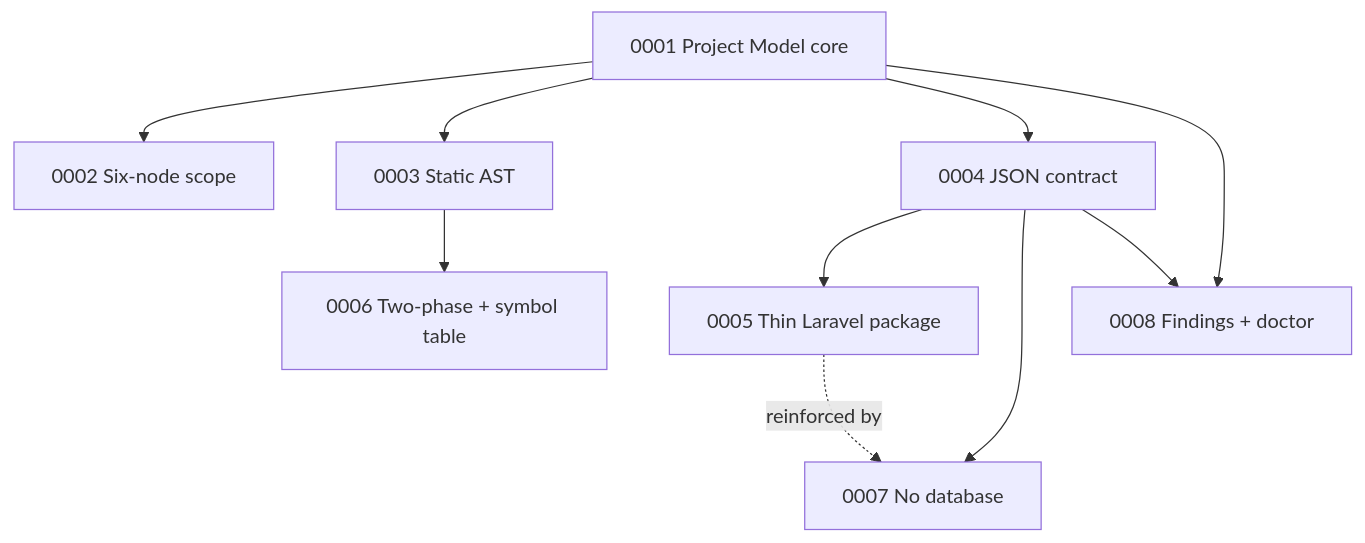
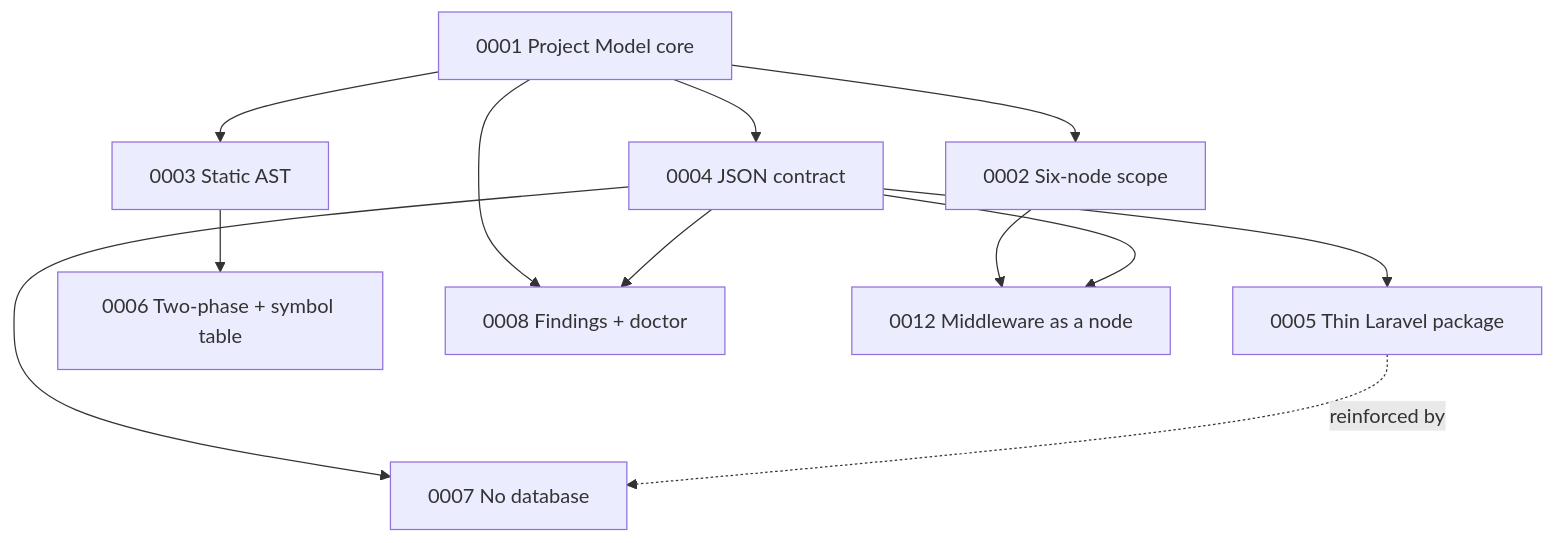
Before and after one commit to Mawsis/Un-La-ravel: the diagram in vault/01 - Architecture/ADRs/ADR Index.md, drawn with Mermaid. The commit also changed other lines of this file and 14 other files, not shown here.

````diff
--- a/vault/01 - Architecture/ADRs/ADR Index.md
+++ b/vault/01 - Architecture/ADRs/ADR Index.md
@@ -26,12 +27,14 @@
 ```mermaid
 flowchart TD
     a1["0001 Project Model core"] --> a2["0002 Six-node scope"]
     a1 --> a3["0003 Static AST"]
     a1 --> a4["0004 JSON contract"]
     a4 --> a5["0005 Thin Laravel package"]
     a3 --> a6["0006 Two-phase + symbol table"]
     a4 --> a7["0007 No database"]
     a5 -.reinforced by.-> a7
     a1 --> a8["0008 Findings + doctor"]
     a4 --> a8
+    a2 --> a12["0012 Middleware as a node"]
+    a4 --> a12
 ```
````
